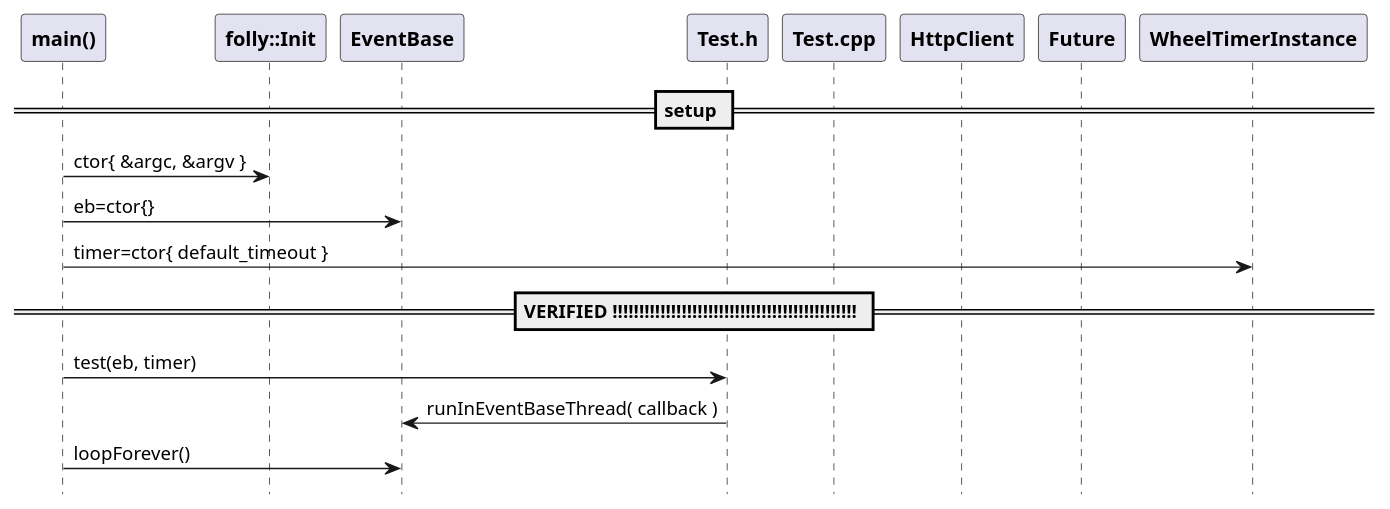
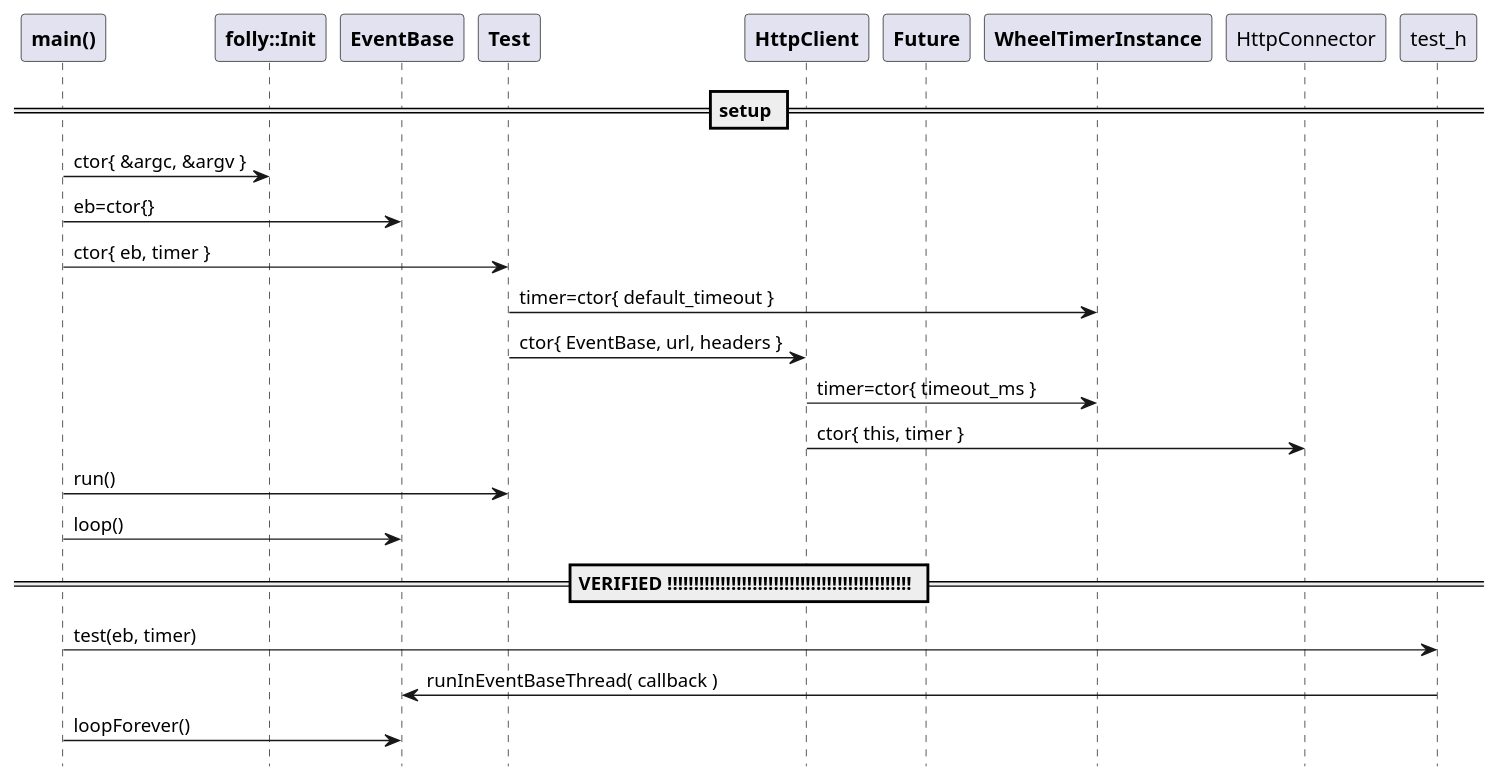
The first of 4 diagrams in doc/test.adoc (patrickhallinan/hello-proxygen), drawn with PlantUML before and after one commit. The commit also changed 3 other files, not shown here.

Commit message:
move WheelTimerInstance creation into HttpClient

```diff
--- a/doc/test.adoc
+++ b/doc/test.adoc
@@ -20,58 +20,68 @@
 [plantuml, "curl-init.puml", svg]
 ----
 hide footbox
 
 participant "**main()**" as main
 participant "**folly::Init**" as Init
 participant "**EventBase**" as EventBase
-participant "**Test.h**" as test_h
-participant "**Test.cpp**" as test_cpp
+participant "**Test**" as test
 participant "**HttpClient**" as HttpClient
 participant "**Future**" as Future
 participant "**WheelTimerInstance**" as WheelTimerInstance
 'participant "**SocketAddress**" as SocketAddress
 
 'participant "**URL**" as URL
 
 == setup ==
 
 main -> Init : ctor{ &argc, &argv }
 main -> EventBase : eb=ctor{}
 
-main -> WheelTimerInstance : timer=ctor{ default_timeout }
+
+main -> test : ctor{ eb, timer }
+
+test -> WheelTimerInstance : timer=ctor{ default_timeout }
+test -> HttpClient : ctor{ EventBase, url, headers }
+
+HttpClient -> WheelTimerInstance : timer=ctor{ timeout_ms }
+HttpClient -> HttpConnector : ctor{ this, timer }        
+
+main -> test : run()
+
+main -> EventBase : loop()
 
 == VERIFIED !!!!!!!!!!!!!!!!!!!!!!!!!!!!!!!!!!!!!!!!!!!!!! ==
 
 
 main -> test_h : test(eb, timer)
 test_h -> EventBase : runInEventBaseThread( callback )
 main -> EventBase : loopForever()
 
 /'
 group callback
     EventBase -> test_cpp : callback()
     
     group HttpClient ctor
         test_cpp -> HttpClient : ctor{ EventBase, url, headers }
         HttpClient -> WheelTimerInstance : timer=ctor{ timeout_ms }
         HttpClient -> HttpConnector : ctor{ this, timer }        
     end group
 
     group HttpClient.POST()
         test_cpp -> HttpClient : POST("nacho")
         HttpClient -> SocketAddress : addr=ctor{}
         
         HttpClient -> SocketOptionMap : options=ctor{}
         note left: static initialization
         
         HttpClient -> HttpConnector : connect( eb_, socketAddress, std::chrono::milliseconds(500), options )
     end group
     
     HttpClient --> test_cpp : future
     test_cpp -> Future : thenValue( response_handler(HttpResponse&&) )
     test_cpp --> EventBase : future
 end group
 '/
 'main -> HttpClient : ctor{ eb, HTTPMethod::GET, proxy=nullptr, headers, input_filename, h2c=true )
 'main -> SocketAddress : addr=ctor{ host, port, allowNameLookup=true }
 ----
```
